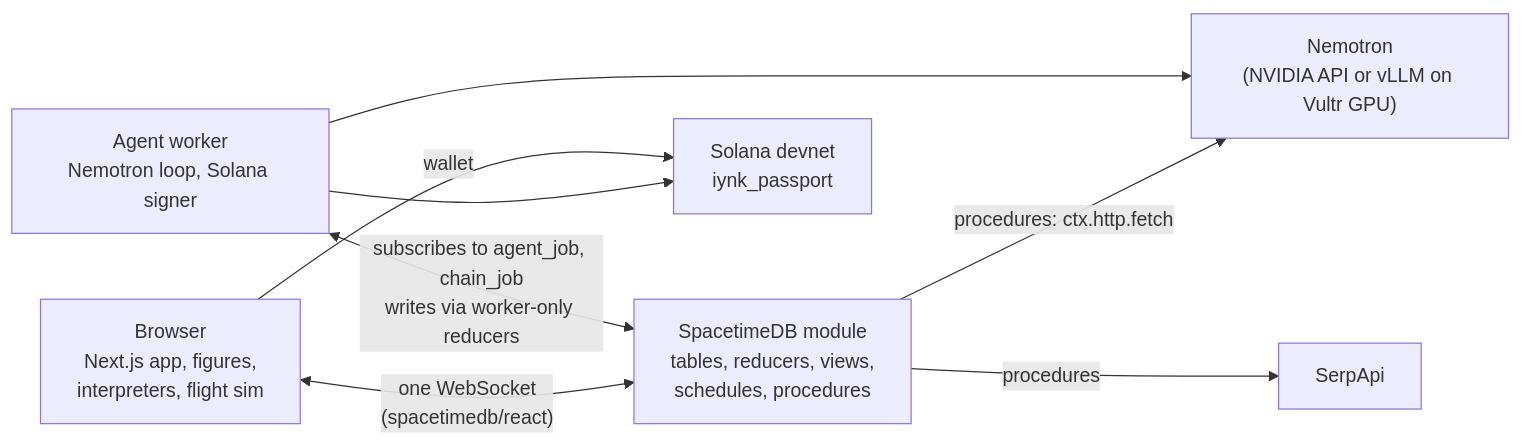
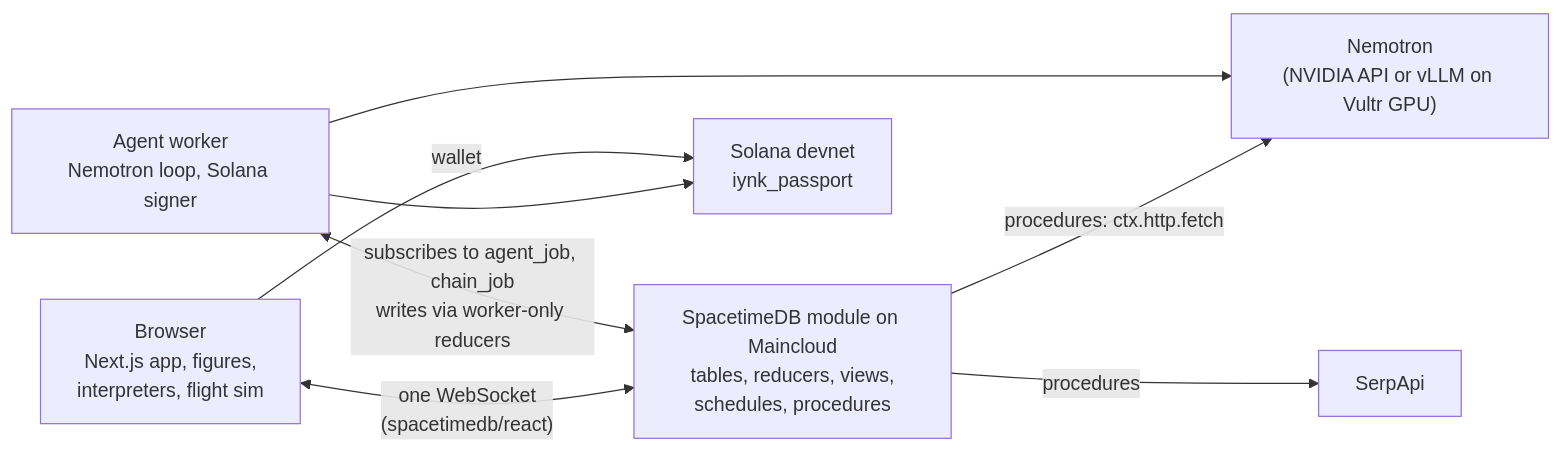
Before and after one commit to kushwahaamar-dev/utd: the diagram in README.md, drawn with Mermaid. The commit also changed other lines of this file and 8 other files, not shown here.

Commit message:
Production database on Maincloud: publish script, compose keeps SpacetimeDB as an opt-in self-host profile, docs

````diff
--- a/README.md
+++ b/README.md
@@ -74,10 +74,10 @@
 ```mermaid
 flowchart LR
-  B["Browser<br/>Next.js app, figures,<br/>interpreters, flight sim"] <-->|"one WebSocket<br/>(spacetimedb/react)"| S["SpacetimeDB module<br/>tables, reducers, views,<br/>schedules, procedures"]
+  B["Browser<br/>Next.js app, figures,<br/>interpreters, flight sim"] <-->|"one WebSocket<br/>(spacetimedb/react)"| S["SpacetimeDB module on Maincloud<br/>tables, reducers, views,<br/>schedules, procedures"]
   S -->|"procedures: ctx.http.fetch"| N["Nemotron<br/>(NVIDIA API or vLLM on Vultr GPU)"]
   S -->|procedures| P["SerpApi"]
   W["Agent worker<br/>Nemotron loop, Solana signer"] <-->|"subscribes to agent_job, chain_job<br/>writes via worker-only reducers"| S
   W --> N
   W --> SOL["Solana devnet<br/>iynk_passport"]
   B -->|wallet| SOL
 ```
````
